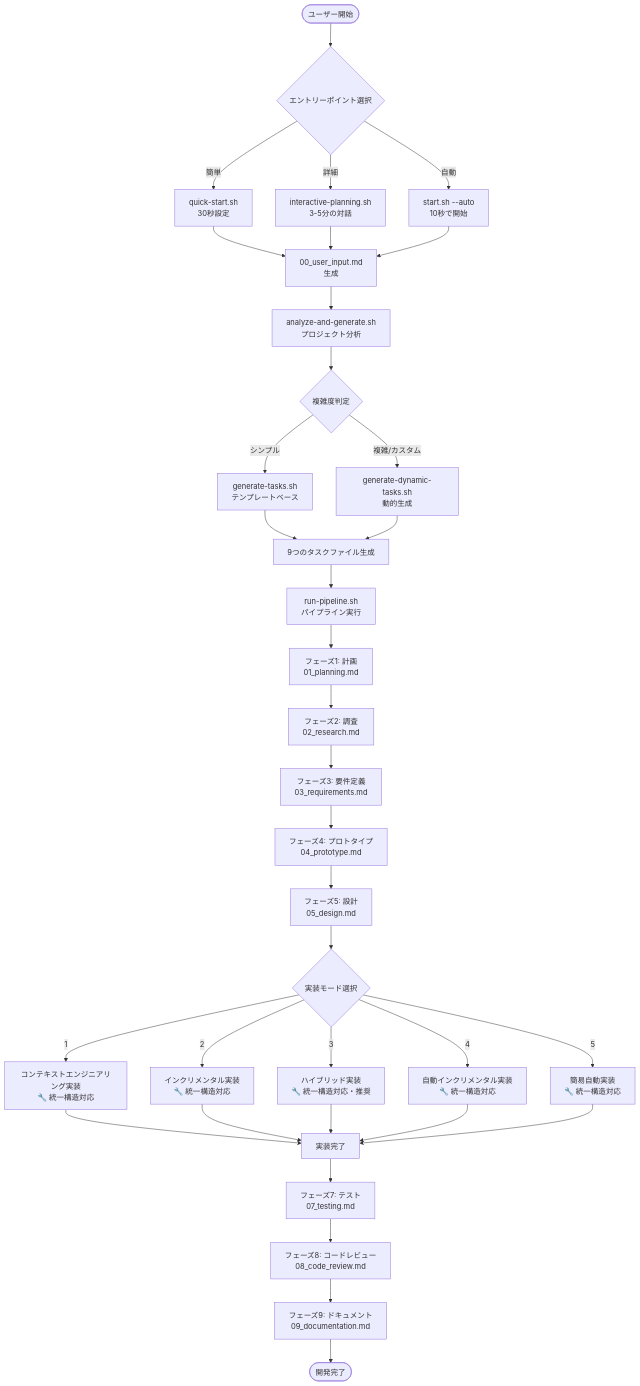
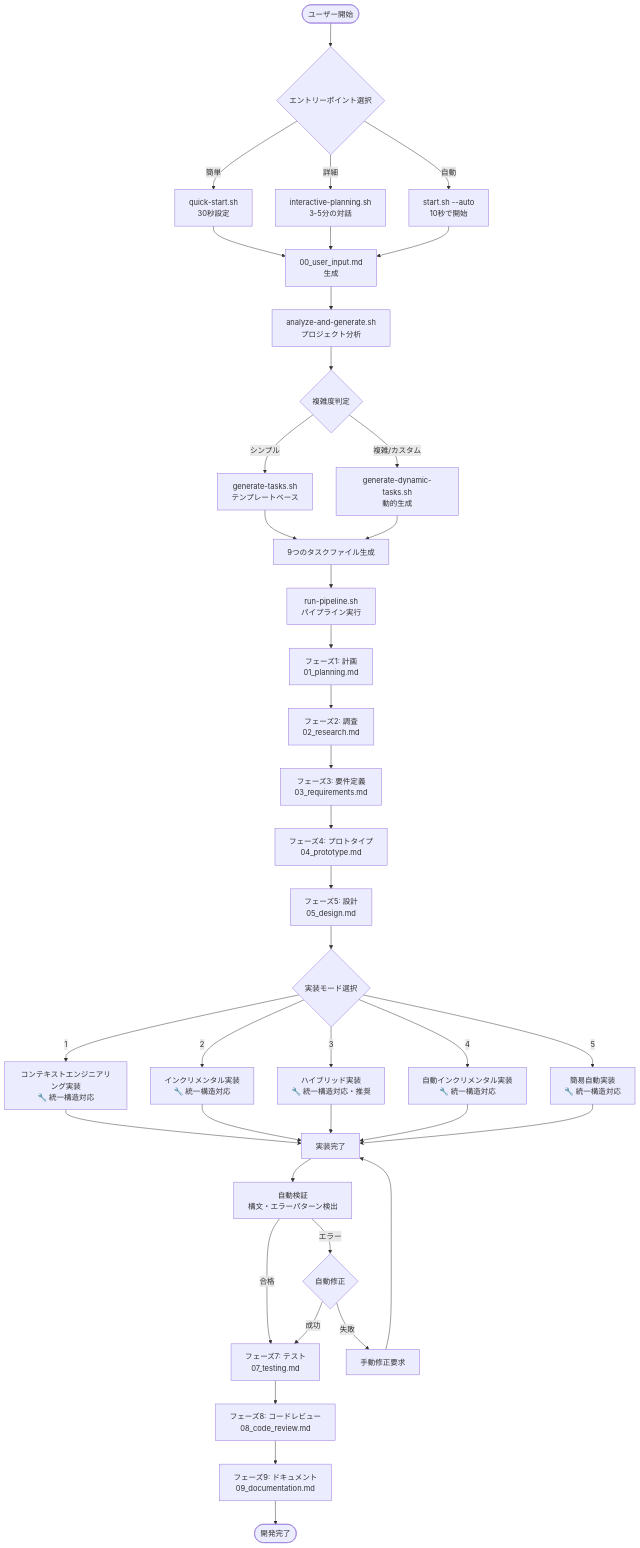
One commit to wanta-s/ClaudeFlow changed the diagram in docs/DEVELOPMENT-FLOW.md. Above: the diagram before and after it, drawn with Mermaid. The commit also changed other lines of this file and 717 other files, not shown here.

````diff
--- a/docs/DEVELOPMENT-FLOW.md
+++ b/docs/DEVELOPMENT-FLOW.md
@@ -11,46 +11,51 @@
 ```mermaid
 graph TD
     Start([ユーザー開始]) --> Entry{エントリーポイント選択}
     
     Entry -->|簡単| QuickStart[quick-start.sh<br/>30秒設定]
     Entry -->|詳細| Interactive[interactive-planning.sh<br/>3-5分の対話]
     Entry -->|自動| Auto[start.sh --auto<br/>10秒で開始]
     
     QuickStart --> UserInput[00_user_input.md<br/>生成]
     Interactive --> UserInput
     Auto --> UserInput
     
     UserInput --> Analyze[analyze-and-generate.sh<br/>プロジェクト分析]
     
     Analyze --> ComplexityCheck{複雑度判定}
     ComplexityCheck -->|シンプル| Template[generate-tasks.sh<br/>テンプレートベース]
     ComplexityCheck -->|複雑/カスタム| Dynamic[generate-dynamic-tasks.sh<br/>動的生成]
     
     Template --> Tasks[9つのタスクファイル生成]
     Dynamic --> Tasks
     
     Tasks --> Pipeline[run-pipeline.sh<br/>パイプライン実行]
     
     Pipeline --> Phase1[フェーズ1: 計画<br/>01_planning.md]
     Phase1 --> Phase2[フェーズ2: 調査<br/>02_research.md]
     Phase2 --> Phase3[フェーズ3: 要件定義<br/>03_requirements.md]
     Phase3 --> Phase4[フェーズ4: プロトタイプ<br/>04_prototype.md]
     Phase4 --> Phase5[フェーズ5: 設計<br/>05_design.md]
     Phase5 --> ImplMode{実装モード選択}
     ImplMode -->|1| ContextEng[コンテキストエンジニアリング実装<br/>🔧 統一構造対応]
     ImplMode -->|2| Incremental[インクリメンタル実装<br/>🔧 統一構造対応]
     ImplMode -->|3| Hybrid[ハイブリッド実装<br/>🔧 統一構造対応・推奨]
     ImplMode -->|4| AutoIncremental[自動インクリメンタル実装<br/>🔧 統一構造対応]
     ImplMode -->|5| SimpleAuto[簡易自動実装<br/>🔧 統一構造対応]
     
     ContextEng --> Phase6[実装完了]
     Incremental --> Phase6
     Hybrid --> Phase6
     AutoIncremental --> Phase6
     SimpleAuto --> Phase6
-    Phase6 --> Phase7[フェーズ7: テスト<br/>07_testing.md]
+    Phase6 --> Validation[自動検証<br/>構文・エラーパターン検出]
+    Validation -->|合格| Phase7[フェーズ7: テスト<br/>07_testing.md]
+    Validation -->|エラー| AutoFix{自動修正}
+    AutoFix -->|成功| Phase7
+    AutoFix -->|失敗| ManualFix[手動修正要求]
+    ManualFix --> Phase6
     
     Phase7 --> Phase8[フェーズ8: コードレビュー<br/>08_code_review.md]
     Phase8 --> Phase9[フェーズ9: ドキュメント<br/>09_documentation.md]
     Phase9 --> Complete([開発完了])
 ```
````
